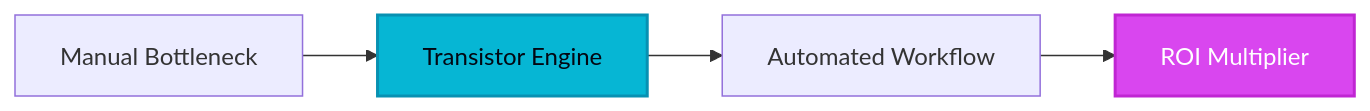
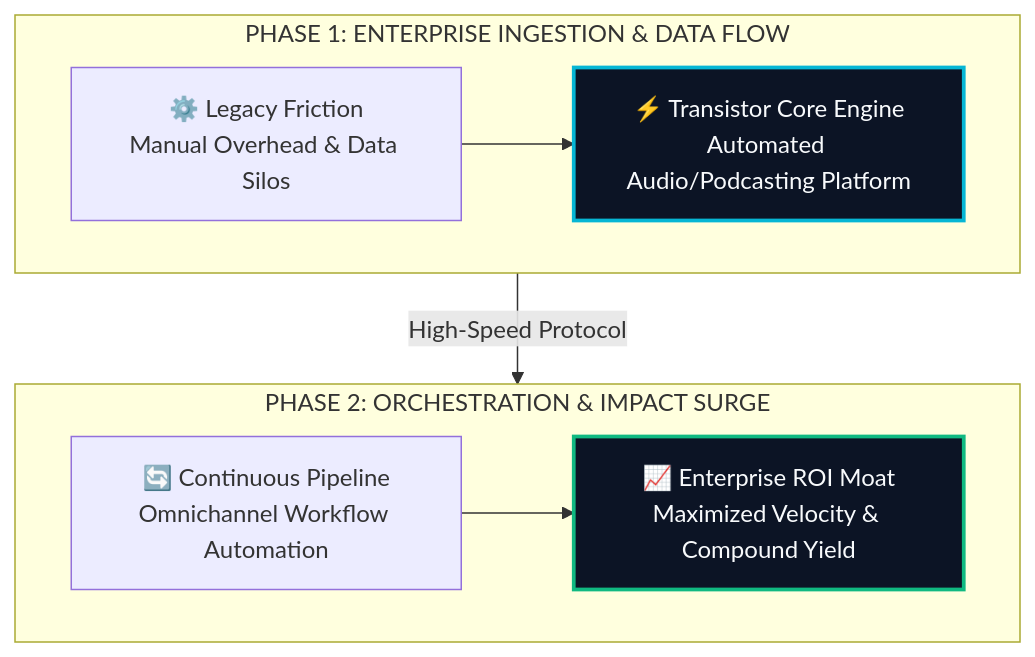
One commit to heliatech-media/saas-radar changed the diagram in site/src/content/blog/transistor-evolution-guide-2026.md. Above: the diagram before and after it, drawn with Mermaid. The commit also changed 97 other files, not shown here.

First line of the commit message:
feat(diagrams): upgrade all article architecture schemas to high-impact 2-tier responsive vector blueprints

````diff
--- a/site/src/content/blog/transistor-evolution-guide-2026.md
+++ b/site/src/content/blog/transistor-evolution-guide-2026.md
@@ -55,8 +55,14 @@
 ```mermaid
-flowchart LR
-    A[Manual Bottleneck] --> B[Transistor Engine]
-    B --> C[Automated Workflow]
-    C --> D[ROI Multiplier]
-    style B fill:#06b6d4,stroke:#0891b2,stroke-width:2px,color:#030712
-    style D fill:#d946ef,stroke:#c026d3,stroke-width:2px,color:#ffffff
+flowchart TD
+    subgraph S1["PHASE 1: ENTERPRISE INGESTION & DATA FLOW"]
+        direction LR
+        A["⚙️ Legacy Friction<br/>Manual Overhead & Data Silos"] --> B["⚡ Transistor Core Engine<br/>Automated Audio/Podcasting Platform"]
+    end
+    subgraph S2["PHASE 2: ORCHESTRATION & IMPACT SURGE"]
+        direction LR
+        C["🔄 Continuous Pipeline<br/>Omnichannel Workflow Automation"] --> D["📈 Enterprise ROI Moat<br/>Maximized Velocity & Compound Yield"]
+    end
+    S1 -->|High-Speed Protocol| S2
+    style B fill:#0c1425,stroke:#06b6d4,stroke-width:2.5px,color:#f8fafc
+    style D fill:#0c1425,stroke:#10b981,stroke-width:2.5px,color:#f8fafc
 ```
````
